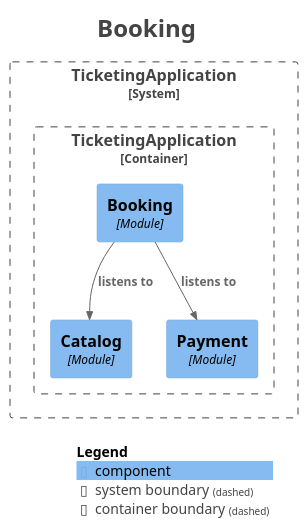
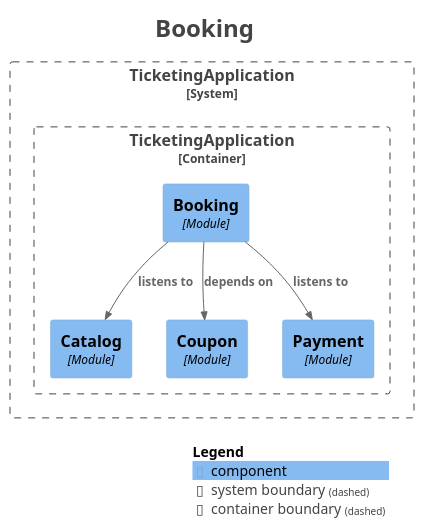
The diagram in docs/modulith/module-booking.puml (jkonury/ticketing), drawn with PlantUML before and after one commit. The commit also changed 22 other files, not shown here.

```diff
--- a/docs/modulith/module-booking.puml
+++ b/docs/modulith/module-booking.puml
@@ -1,32 +1,34 @@
 @startuml
 title <size:24>Booking</size>
 
 set separator none
 top to bottom direction
 
 <style>
   root {
     BackgroundColor: #ffffff
     FontColor: #444444
   }
 </style>
 
 !include <C4/C4>
 !include <C4/C4_Context>
 !include <C4/C4_Component>
 
 System_Boundary("TicketingApplication_boundary", "TicketingApplication", $tags="") {
   Container_Boundary("TicketingApplication.TicketingApplication_boundary", "TicketingApplication", $tags="") {
     Component(TicketingApplication.TicketingApplication.Catalog, "Catalog", $techn="Module", $descr="", $tags="", $link="")
+    Component(TicketingApplication.TicketingApplication.Coupon, "Coupon", $techn="Module", $descr="", $tags="", $link="")
     Component(TicketingApplication.TicketingApplication.Payment, "Payment", $techn="Module", $descr="", $tags="", $link="")
     Component(TicketingApplication.TicketingApplication.Booking, "Booking", $techn="Module", $descr="", $tags="", $link="")
   }
 
 }
 
 Rel(TicketingApplication.TicketingApplication.Booking, TicketingApplication.TicketingApplication.Payment, "listens to", $techn="", $tags="", $link="")
 Rel(TicketingApplication.TicketingApplication.Booking, TicketingApplication.TicketingApplication.Catalog, "listens to", $techn="", $tags="", $link="")
+Rel(TicketingApplication.TicketingApplication.Booking, TicketingApplication.TicketingApplication.Coupon, "depends on", $techn="", $tags="", $link="")
 
 SHOW_LEGEND(true)
 hide stereotypes
 @enduml
```
